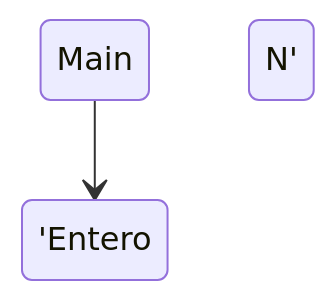
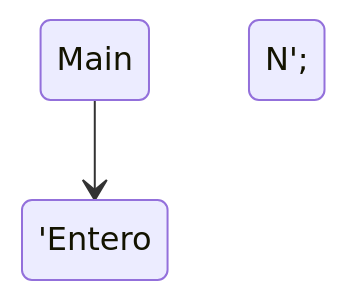
One commit to ValentinJM/TP-8 changed the diagram in Ejercicios/1.md. Above: the diagram before and after it, drawn with Mermaid.

````diff
--- a/Ejercicios/1.md
+++ b/Ejercicios/1.md
@@ -3,4 +3,4 @@
 ```mermaid
 stateDiagram-v2
-    Main --> 'Entero N'
+    Main --> 'Entero N';
 ```
````
